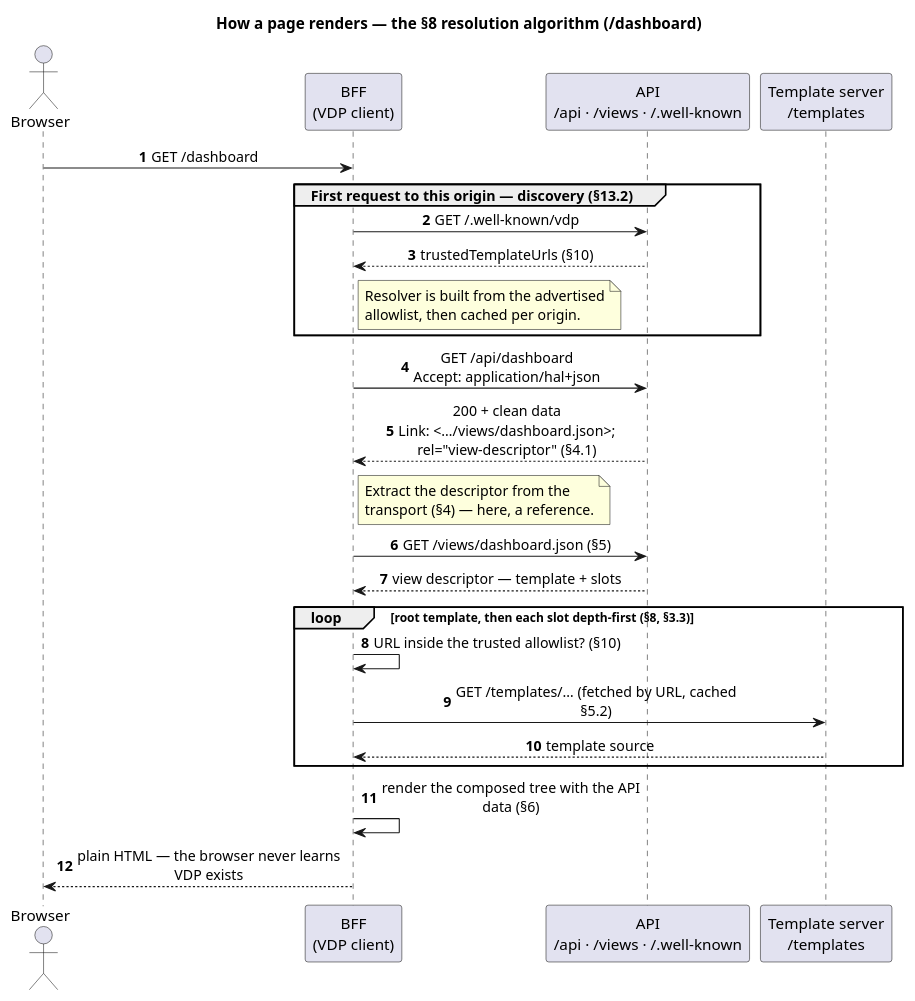
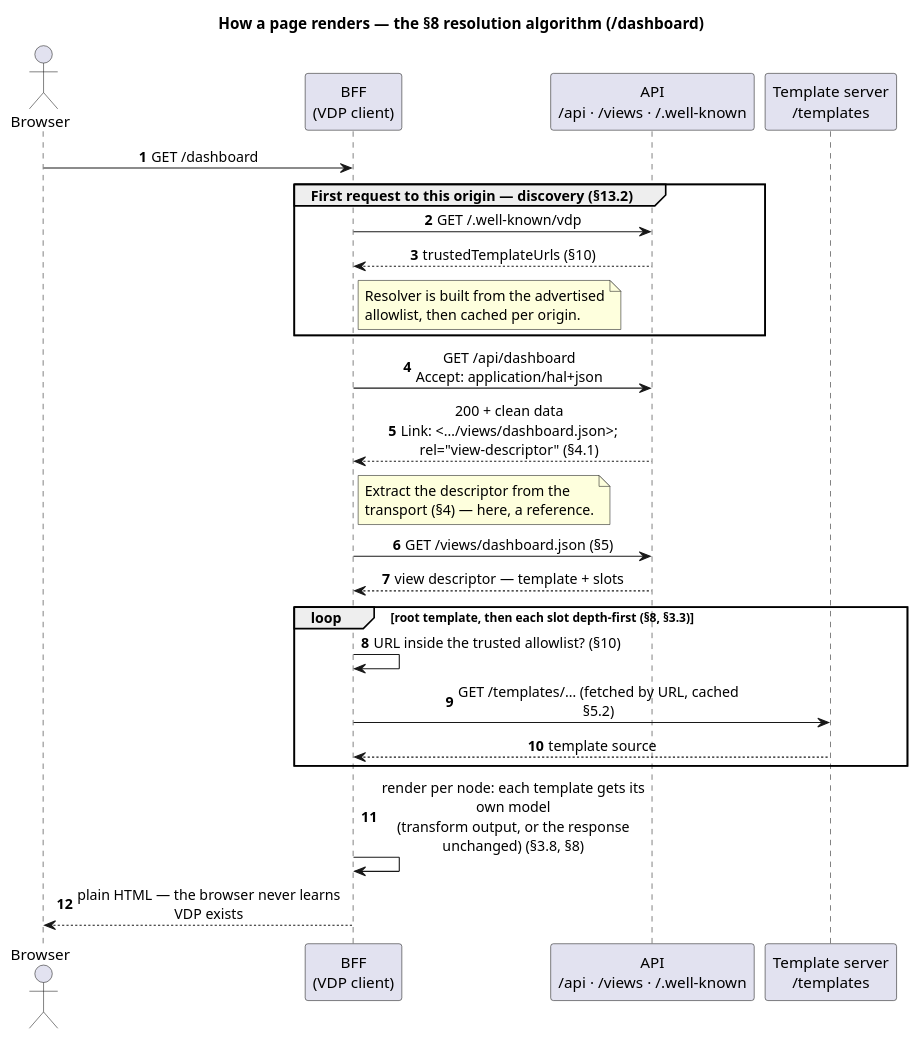
Before and after one commit to ViewDescriptorProtocol/golang-vdp-demo: the diagram in docs/diagrams/_render-page.iuml, drawn with PlantUML. The commit also changed 19 other files, not shown here.

```diff
--- a/docs/diagrams/_render-page.iuml
+++ b/docs/diagrams/_render-page.iuml
@@ -1,38 +1,38 @@
 ' Shared body for render-page (light + dark wrappers include this).
 ' Colours and background live in the wrappers; structure lives here.
 title How a page renders — the §8 resolution algorithm (/dashboard)
 
 skinparam shadowing false
 skinparam sequenceMessageAlign center
 skinparam maxMessageSize 260
 autonumber
 
 actor Browser
 participant "BFF\n(VDP client)" as BFF
 participant "API\n/api · /views · /.well-known" as API
 participant "Template server\n/templates" as TS
 
 Browser -> BFF : GET /dashboard
 
 group First request to this origin — discovery (§13.2)
   BFF -> API : GET /.well-known/vdp
   API --> BFF : trustedTemplateUrls (§10)
   note right of BFF : Resolver is built from the advertised\nallowlist, then cached per origin.
 end
 
 BFF -> API : GET /api/dashboard\nAccept: application/hal+json
 API --> BFF : 200 + clean data\nLink: <…/views/dashboard.json>; rel="view-descriptor" (§4.1)
 
 note right of BFF : Extract the descriptor from the\ntransport (§4) — here, a reference.
 
 BFF -> API : GET /views/dashboard.json (§5)
 API --> BFF : view descriptor — template + slots
 
 loop root template, then each slot depth-first (§8, §3.3)
   BFF -> BFF : URL inside the trusted allowlist? (§10)
   BFF -> TS : GET /templates/… (fetched by URL, cached §5.2)
   TS --> BFF : template source
 end
 
-BFF -> BFF : render the composed tree with the API data (§6)
+BFF -> BFF : render per node: each template gets its own model\n(transform output, or the response unchanged) (§3.8, §8)
 BFF --> Browser : plain HTML — the browser never learns VDP exists
```
